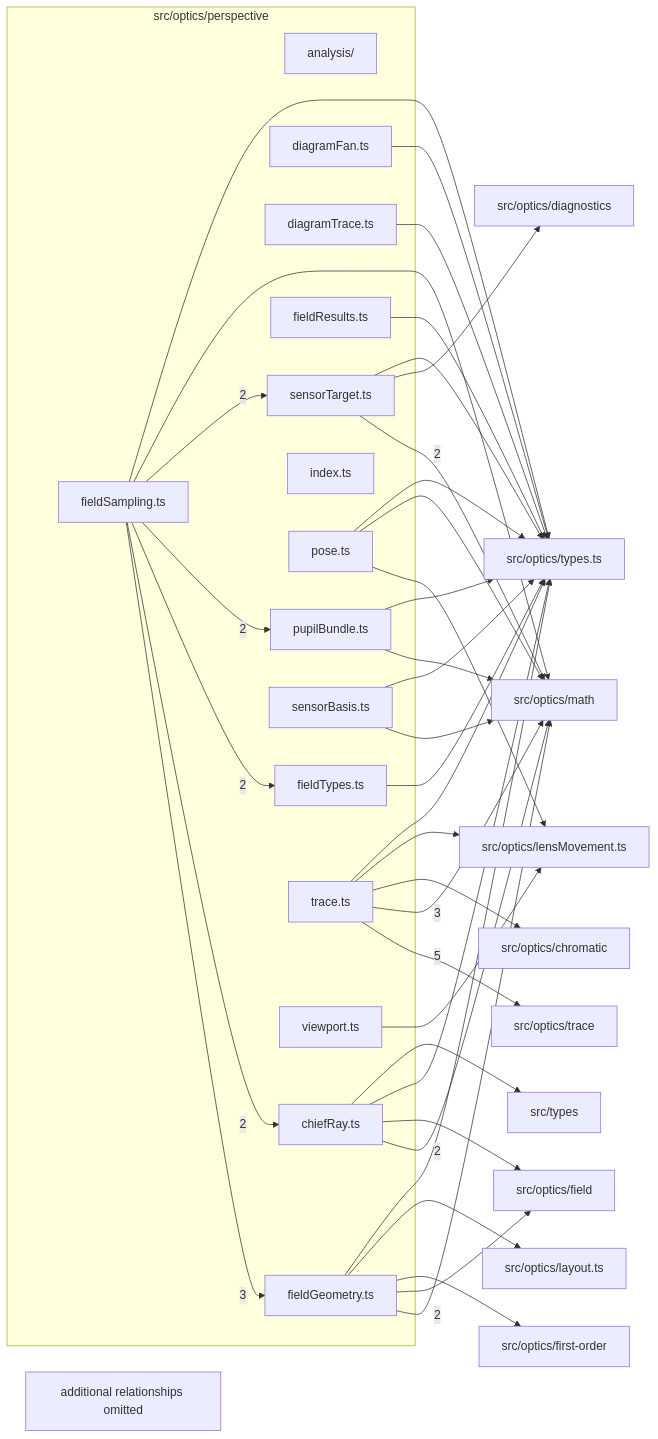
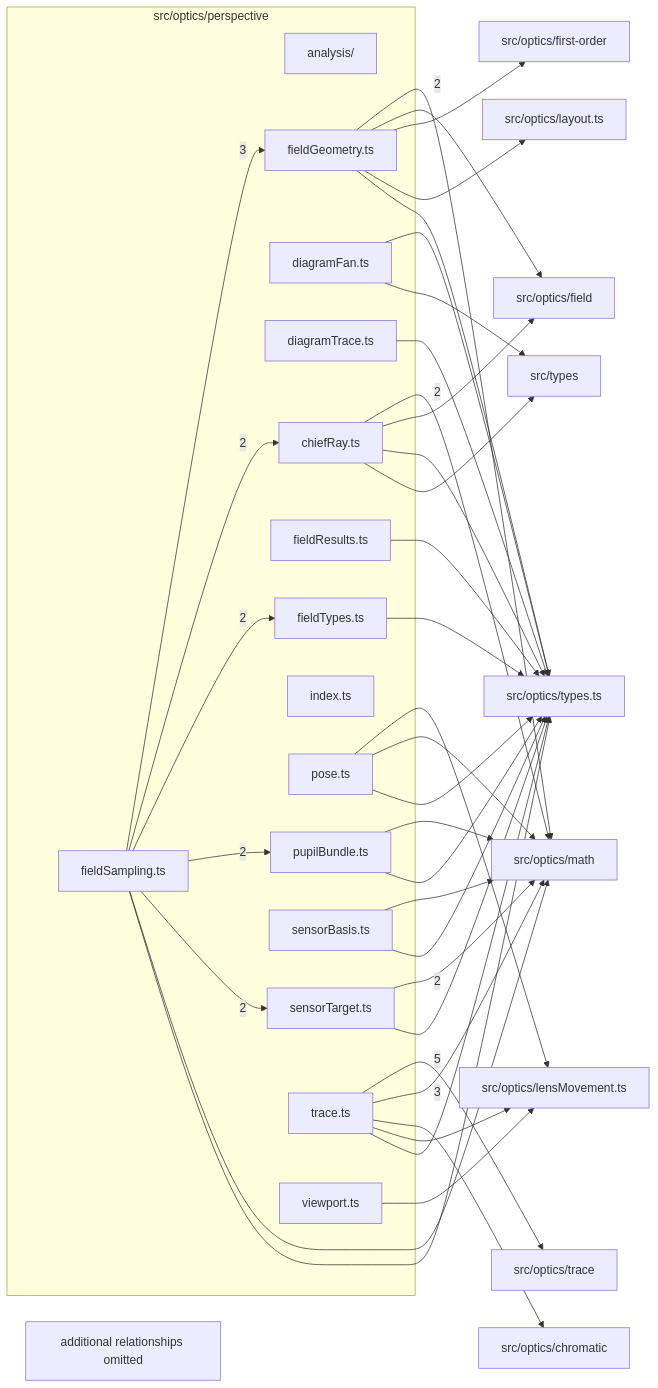
The diagram in src/optics/perspective/readme.md (BeamFour/LensVisualizer), drawn with Mermaid before and after one commit. The commit also changed other lines of this file and 53 other files, not shown here.

````diff
--- a/src/optics/perspective/readme.md
+++ b/src/optics/perspective/readme.md
@@ -9,67 +9,66 @@
 ```mermaid
 flowchart LR
   subgraph n_src_optics_perspective["src/optics/perspective"]
     n_src_optics_perspective_src_optics_perspective_analysis["analysis/"]
     n_src_optics_perspective_src_optics_perspective_chiefRay_ts["chiefRay.ts"]
     n_src_optics_perspective_src_optics_perspective_diagramFan_ts["diagramFan.ts"]
     n_src_optics_perspective_src_optics_perspective_diagramTrace_ts["diagramTrace.ts"]
     n_src_optics_perspective_src_optics_perspective_fieldGeometry_ts["fieldGeometry.ts"]
     n_src_optics_perspective_src_optics_perspective_fieldResults_ts["fieldResults.ts"]
     n_src_optics_perspective_src_optics_perspective_fieldSampling_ts["fieldSampling.ts"]
     n_src_optics_perspective_src_optics_perspective_fieldTypes_ts["fieldTypes.ts"]
     n_src_optics_perspective_src_optics_perspective_index_ts["index.ts"]
     n_src_optics_perspective_src_optics_perspective_pose_ts["pose.ts"]
     n_src_optics_perspective_src_optics_perspective_pupilBundle_ts["pupilBundle.ts"]
     n_src_optics_perspective_src_optics_perspective_sensorBasis_ts["sensorBasis.ts"]
     n_src_optics_perspective_src_optics_perspective_sensorTarget_ts["sensorTarget.ts"]
     n_src_optics_perspective_src_optics_perspective_trace_ts["trace.ts"]
     n_src_optics_perspective_src_optics_perspective_viewport_ts["viewport.ts"]
   end
   n_external_src_optics_trace["src/optics/trace"]
   n_external_src_optics_math["src/optics/math"]
   n_external_src_optics_chromatic["src/optics/chromatic"]
-  n_external_src_optics_diagnostics["src/optics/diagnostics"]
   n_external_src_optics_field["src/optics/field"]
   n_external_src_optics_first_order["src/optics/first-order"]
   n_external_src_optics_layout_ts["src/optics/layout.ts"]
   n_external_src_optics_lensMovement_ts["src/optics/lensMovement.ts"]
   n_external_src_optics_types_ts["src/optics/types.ts"]
   n_external_src_types["src/types"]
   n_src_optics_perspective_src_optics_perspective_trace_ts --> |5| n_external_src_optics_trace
   n_src_optics_perspective_src_optics_perspective_trace_ts --> |3| n_external_src_optics_math
   n_src_optics_perspective_src_optics_perspective_fieldSampling_ts --> |3| n_src_optics_perspective_src_optics_perspective_fieldGeometry_ts
   n_src_optics_perspective_src_optics_perspective_chiefRay_ts --> |2| n_external_src_optics_math
   n_src_optics_perspective_src_optics_perspective_fieldGeometry_ts --> |2| n_external_src_optics_math
   n_src_optics_perspective_src_optics_perspective_sensorTarget_ts --> |2| n_external_src_optics_math
   n_src_optics_perspective_src_optics_perspective_fieldSampling_ts --> |2| n_src_optics_perspective_src_optics_perspective_chiefRay_ts
   n_src_optics_perspective_src_optics_perspective_fieldSampling_ts --> |2| n_src_optics_perspective_src_optics_perspective_fieldTypes_ts
   n_src_optics_perspective_src_optics_perspective_fieldSampling_ts --> |2| n_src_optics_perspective_src_optics_perspective_pupilBundle_ts
   n_src_optics_perspective_src_optics_perspective_fieldSampling_ts --> |2| n_src_optics_perspective_src_optics_perspective_sensorTarget_ts
   n_src_optics_perspective_src_optics_perspective_trace_ts --> n_external_src_optics_chromatic
-  n_src_optics_perspective_src_optics_perspective_sensorTarget_ts --> n_external_src_optics_diagnostics
   n_src_optics_perspective_src_optics_perspective_chiefRay_ts --> n_external_src_optics_field
   n_src_optics_perspective_src_optics_perspective_fieldGeometry_ts --> n_external_src_optics_field
   n_src_optics_perspective_src_optics_perspective_fieldGeometry_ts --> n_external_src_optics_first_order
   n_src_optics_perspective_src_optics_perspective_fieldGeometry_ts --> n_external_src_optics_layout_ts
   n_src_optics_perspective_src_optics_perspective_pose_ts --> n_external_src_optics_lensMovement_ts
   n_src_optics_perspective_src_optics_perspective_trace_ts --> n_external_src_optics_lensMovement_ts
   n_src_optics_perspective_src_optics_perspective_viewport_ts --> n_external_src_optics_lensMovement_ts
   n_src_optics_perspective_src_optics_perspective_fieldSampling_ts --> n_external_src_optics_math
   n_src_optics_perspective_src_optics_perspective_pose_ts --> n_external_src_optics_math
   n_src_optics_perspective_src_optics_perspective_pupilBundle_ts --> n_external_src_optics_math
   n_src_optics_perspective_src_optics_perspective_sensorBasis_ts --> n_external_src_optics_math
   n_src_optics_perspective_src_optics_perspective_chiefRay_ts --> n_external_src_optics_types_ts
   n_src_optics_perspective_src_optics_perspective_diagramFan_ts --> n_external_src_optics_types_ts
   n_src_optics_perspective_src_optics_perspective_diagramTrace_ts --> n_external_src_optics_types_ts
   n_src_optics_perspective_src_optics_perspective_fieldGeometry_ts --> n_external_src_optics_types_ts
   n_src_optics_perspective_src_optics_perspective_fieldResults_ts --> n_external_src_optics_types_ts
   n_src_optics_perspective_src_optics_perspective_fieldSampling_ts --> n_external_src_optics_types_ts
   n_src_optics_perspective_src_optics_perspective_fieldTypes_ts --> n_external_src_optics_types_ts
   n_src_optics_perspective_src_optics_perspective_pose_ts --> n_external_src_optics_types_ts
   n_src_optics_perspective_src_optics_perspective_pupilBundle_ts --> n_external_src_optics_types_ts
   n_src_optics_perspective_src_optics_perspective_sensorBasis_ts --> n_external_src_optics_types_ts
   n_src_optics_perspective_src_optics_perspective_sensorTarget_ts --> n_external_src_optics_types_ts
   n_src_optics_perspective_src_optics_perspective_trace_ts --> n_external_src_optics_types_ts
   n_src_optics_perspective_src_optics_perspective_chiefRay_ts --> n_external_src_types
+  n_src_optics_perspective_src_optics_perspective_diagramFan_ts --> n_external_src_types
   n_src_optics_perspective_truncated["additional relationships omitted"]
 ```
````
